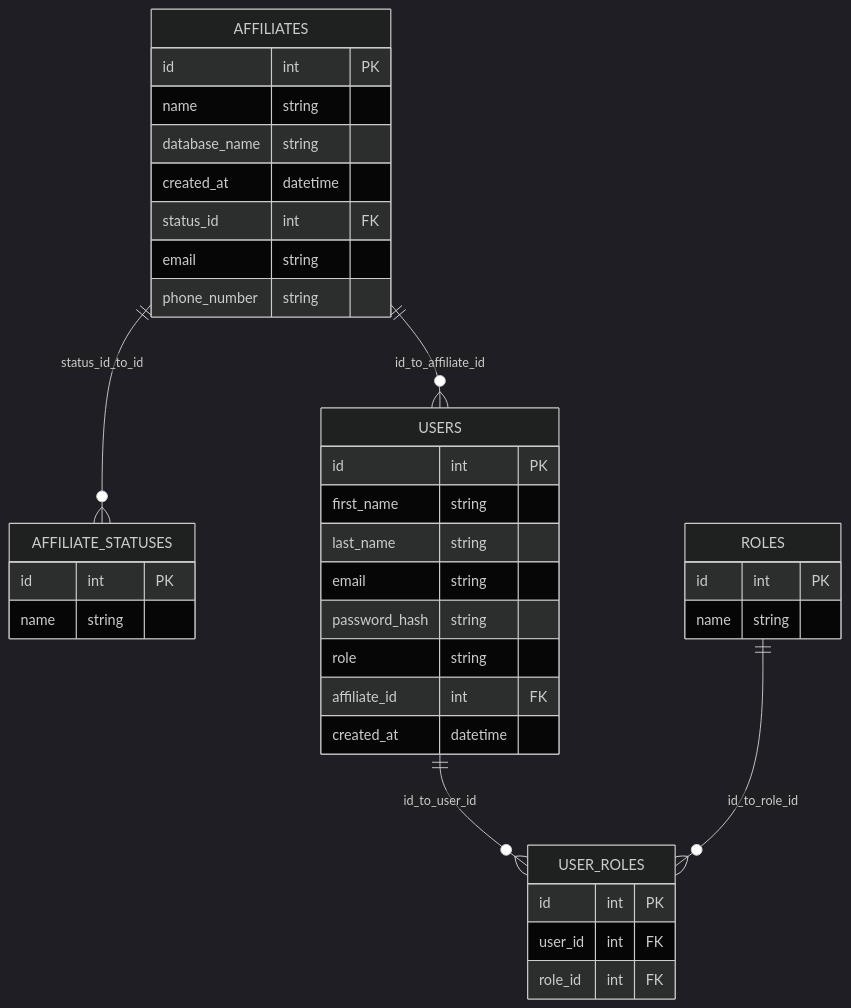
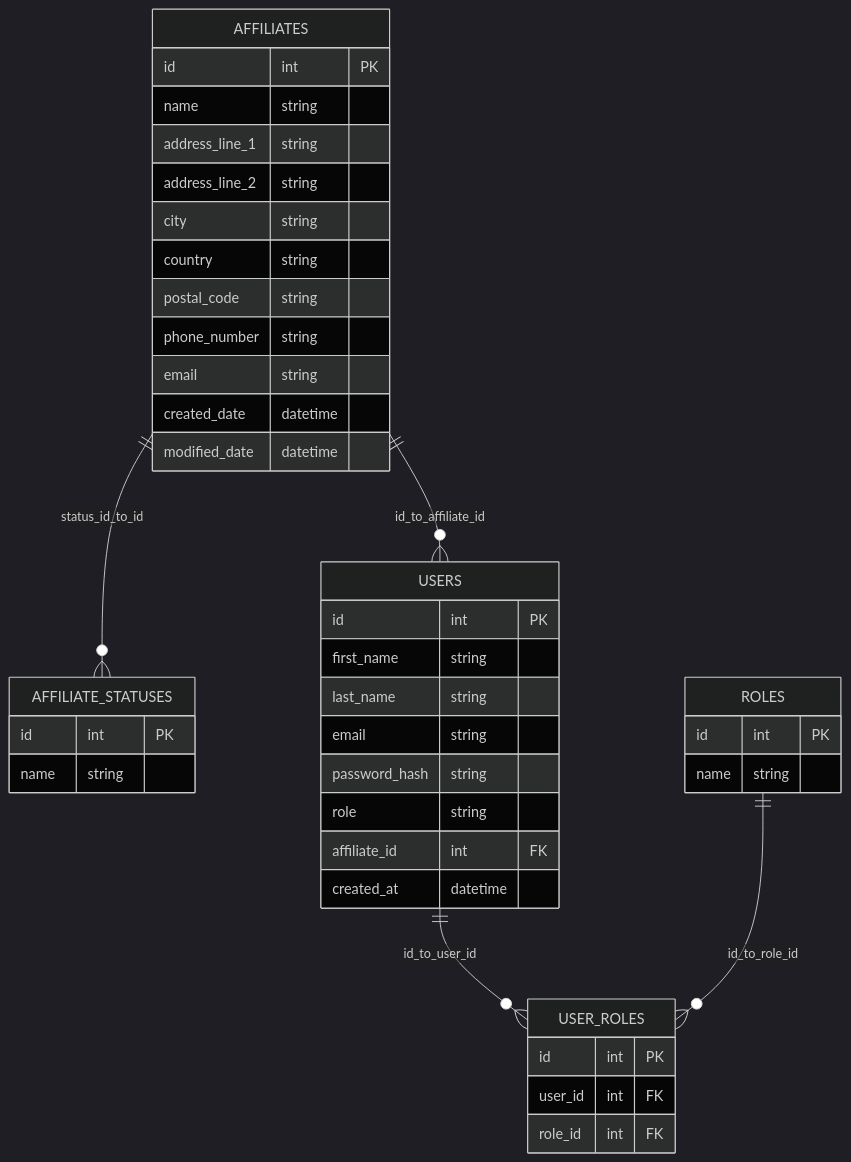
One commit to ShaneMillar96/FitBuddy changed the diagram in database/affiliate-management/README.md. Above: the diagram before and after it, drawn with Mermaid (dark theme). The commit also changed 5 other files, not shown here.

Commit message:
V1.0__initial_schema_setup

````diff
--- a/database/affiliate-management/README.md
+++ b/database/affiliate-management/README.md
@@ -3,46 +3,50 @@
 ```mermaid
 
 erDiagram
     AFFILIATES {
         id int PK
         name string
-        database_name string
-        created_at datetime
-        status_id int FK
+        address_line_1 string
+        address_line_2 string
+        city string
+        country string
+        postal_code string
+        phone_number string
         email string
-        phone_number string
+        created_date datetime
+        modified_date datetime
     }
 
     AFFILIATE_STATUSES {
         id int PK
         name string
     }
 
     USERS {
         id int PK
         first_name string
         last_name string
         email string 
         password_hash string
         role string
         affiliate_id int FK
         created_at datetime
     }
 
     ROLES {
         id int PK
         name string
     }
 
     USER_ROLES {
         id int PK
         user_id int FK
         role_id int FK
     }
 
 AFFILIATES ||--o{ USERS : id_to_affiliate_id
 AFFILIATES ||--o{ AFFILIATE_STATUSES : status_id_to_id
 USERS ||--o{ USER_ROLES : id_to_user_id
 ROLES ||--o{ USER_ROLES : id_to_role_id
 
 ```
````
